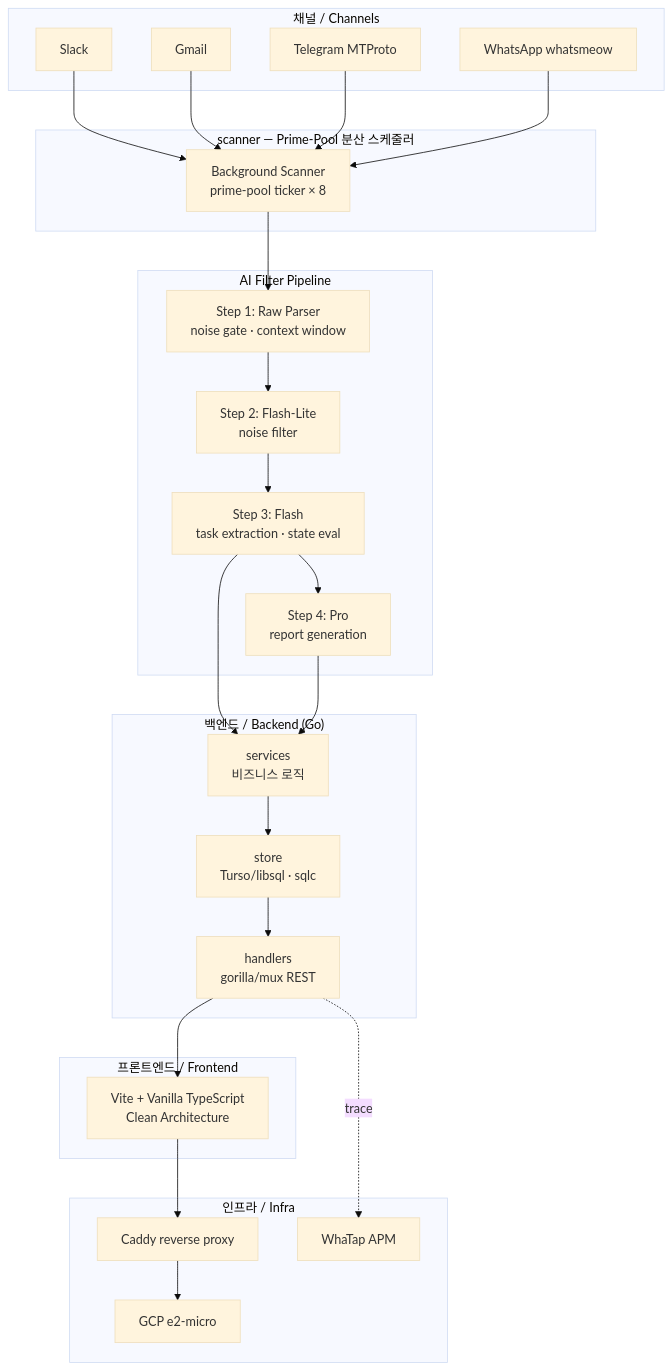
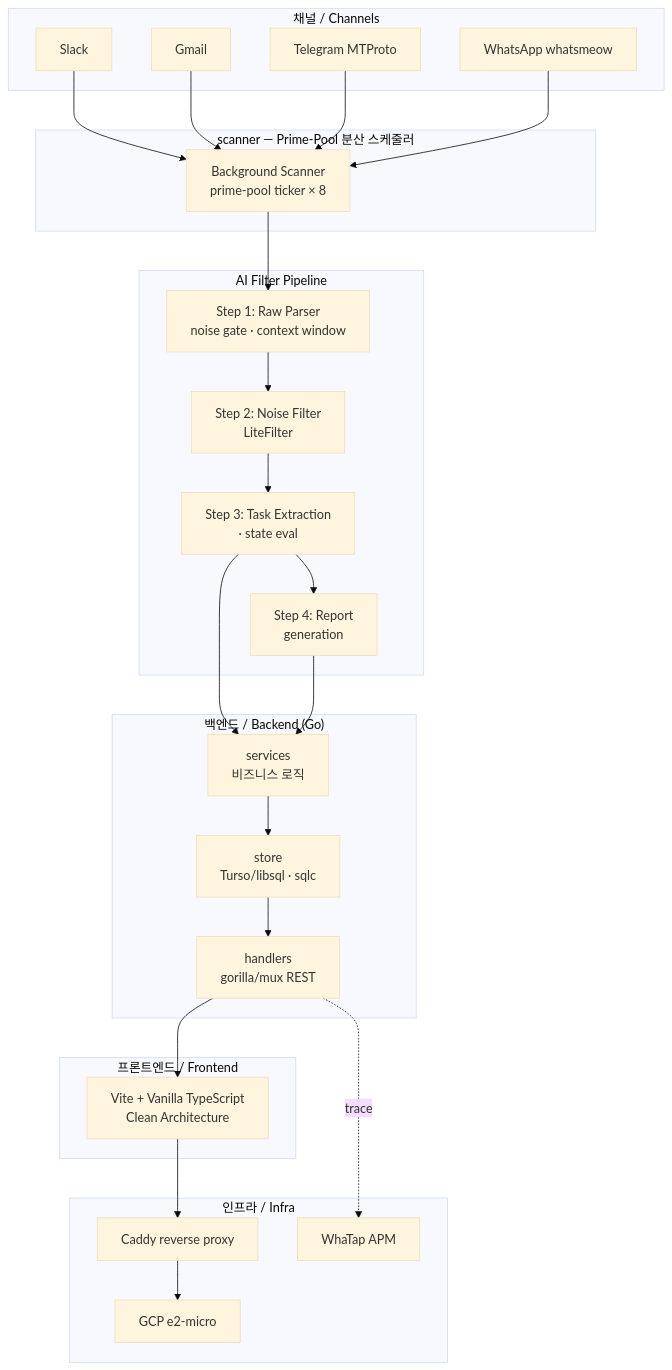
Before and after one commit to JaejinSong/message-consolidator: the diagram in docs/comprehensive/00-overview.md, drawn with Mermaid (base theme). The commit also changed other lines of this file and 21 other files, not shown here.

````diff
--- a/docs/comprehensive/00-overview.md
+++ b/docs/comprehensive/00-overview.md
@@ -19,46 +19,46 @@
 ```mermaid
 graph TD
     subgraph Channels["채널 / Channels"]
         SL[Slack]
         GM[Gmail]
         TG[Telegram MTProto]
         WA[WhatsApp whatsmeow]
     end
 
     subgraph Scanner["scanner — Prime-Pool 분산 스케줄러"]
         SC[Background Scanner<br/>prime-pool ticker × 8]
     end
 
     subgraph Pipeline["AI Filter Pipeline"]
         P1[Step 1: Raw Parser<br/>noise gate · context window]
-        P2[Step 2: Flash-Lite<br/>noise filter]
-        P3[Step 3: Flash<br/>task extraction · state eval]
-        P4[Step 4: Pro<br/>report generation]
+        P2[Step 2: Noise Filter<br/>LiteFilter]
+        P3[Step 3: Task Extraction<br/>· state eval]
+        P4[Step 4: Report<br/>generation]
     end
 
     subgraph Backend["백엔드 / Backend (Go)"]
         SVC[services<br/>비즈니스 로직]
         STR[store<br/>Turso/libsql · sqlc]
         HDL[handlers<br/>gorilla/mux REST]
     end
 
     subgraph Frontend["프론트엔드 / Frontend"]
         FE[Vite + Vanilla TypeScript<br/>Clean Architecture]
     end
 
     subgraph Infra["인프라 / Infra"]
         CDY[Caddy reverse proxy]
         GCP[GCP e2-micro]
         WTP[WhaTap APM]
     end
 
     SL & GM & TG & WA --> SC
     SC --> P1 --> P2 --> P3 --> P4
     P3 --> SVC
     P4 --> SVC
     SVC --> STR
     STR --> HDL
     HDL --> FE
     FE --> CDY --> GCP
     HDL -.->|trace| WTP
 ```
````
